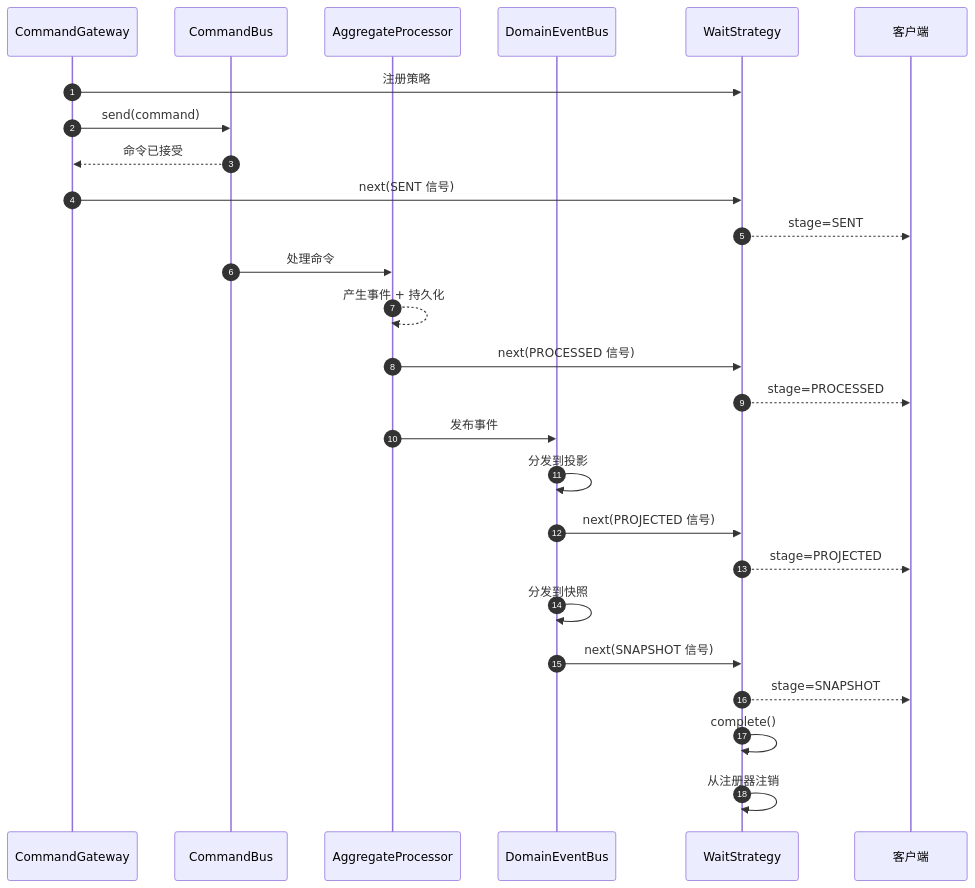
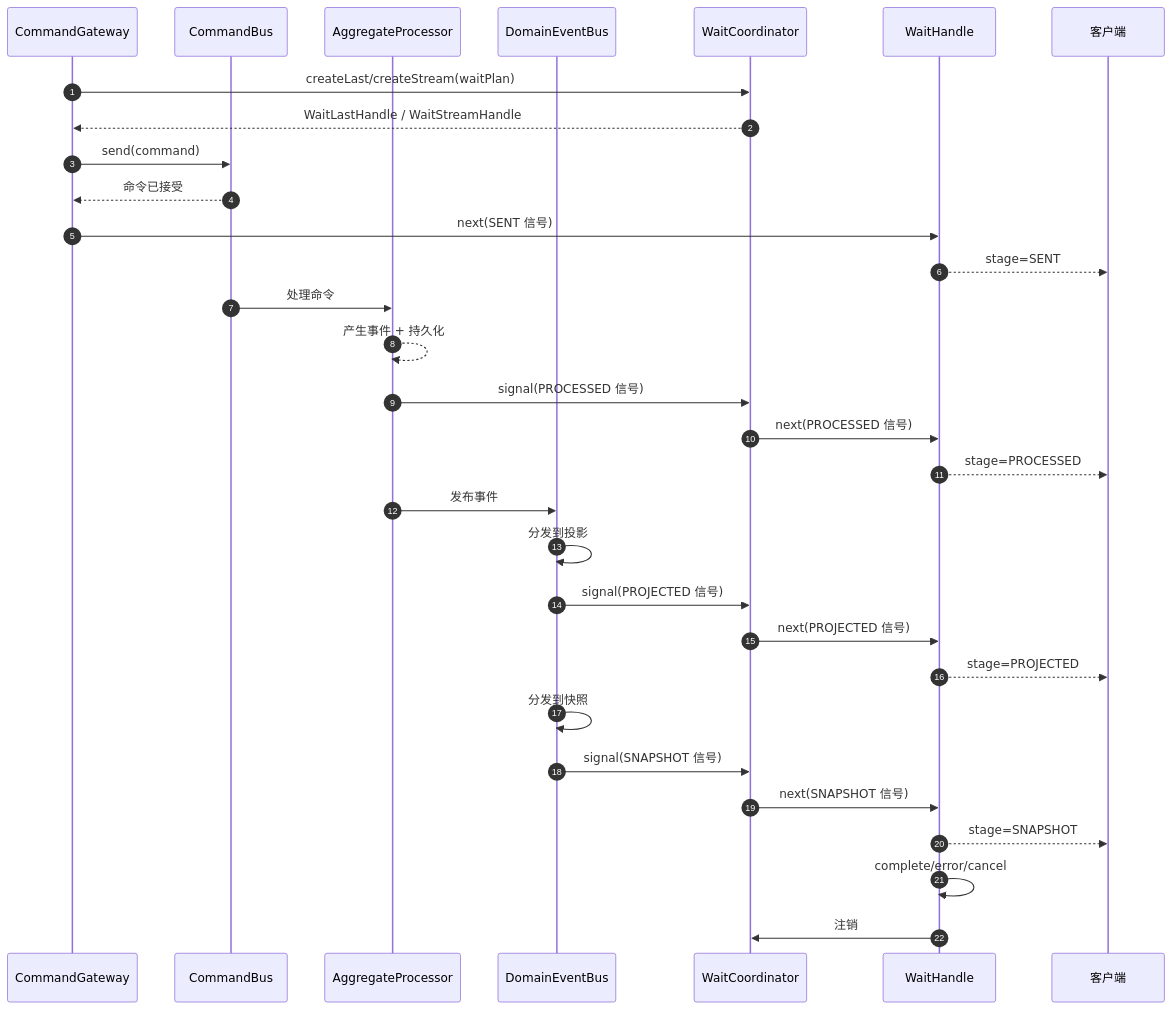
The eighth of 10 diagrams in documentation/docs/zh/guide/advanced/data-flow.md (Ahoo-Wang/Wow), drawn with Mermaid before and after one commit. The commit also changed other lines of this file and 155 other files, not shown here.

````diff
--- a/documentation/docs/zh/guide/advanced/data-flow.md
+++ b/documentation/docs/zh/guide/advanced/data-flow.md
@@ -339,35 +339,40 @@
 ```mermaid
 sequenceDiagram
     autonumber
     participant CG as CommandGateway
     participant CB as CommandBus
     participant AP as AggregateProcessor
     participant DEB as DomainEventBus
-    participant WS as WaitStrategy
+    participant WC as WaitCoordinator
+    participant WH as WaitHandle
     participant Client as 客户端
 
-    CG->>WS: 注册策略
+    CG->>WC: createLast/createStream(waitPlan)
+    WC-->>CG: WaitLastHandle / WaitStreamHandle
     CG->>CB: send(command)
     CB-->>CG: 命令已接受
-    CG->>WS: next(SENT 信号)
-    WS-->>Client: stage=SENT
+    CG->>WH: next(SENT 信号)
+    WH-->>Client: stage=SENT
 
     CB->>AP: 处理命令
     AP-->>AP: 产生事件 + 持久化
-    AP->>WS: next(PROCESSED 信号)
-    WS-->>Client: stage=PROCESSED
+    AP->>WC: signal(PROCESSED 信号)
+    WC->>WH: next(PROCESSED 信号)
+    WH-->>Client: stage=PROCESSED
 
     AP->>DEB: 发布事件
     DEB->>DEB: 分发到投影
-    DEB->>WS: next(PROJECTED 信号)
-    WS-->>Client: stage=PROJECTED
+    DEB->>WC: signal(PROJECTED 信号)
+    WC->>WH: next(PROJECTED 信号)
+    WH-->>Client: stage=PROJECTED
 
     DEB->>DEB: 分发到快照
-    DEB->>WS: next(SNAPSHOT 信号)
-    WS-->>Client: stage=SNAPSHOT
+    DEB->>WC: signal(SNAPSHOT 信号)
+    WC->>WH: next(SNAPSHOT 信号)
+    WH-->>Client: stage=SNAPSHOT
 
-    WS->>WS: complete()
-    WS->>WS: 从注册器注销
+    WH->>WH: complete/error/cancel
+    WH->>WC: 注销
 
 
 ```
````
